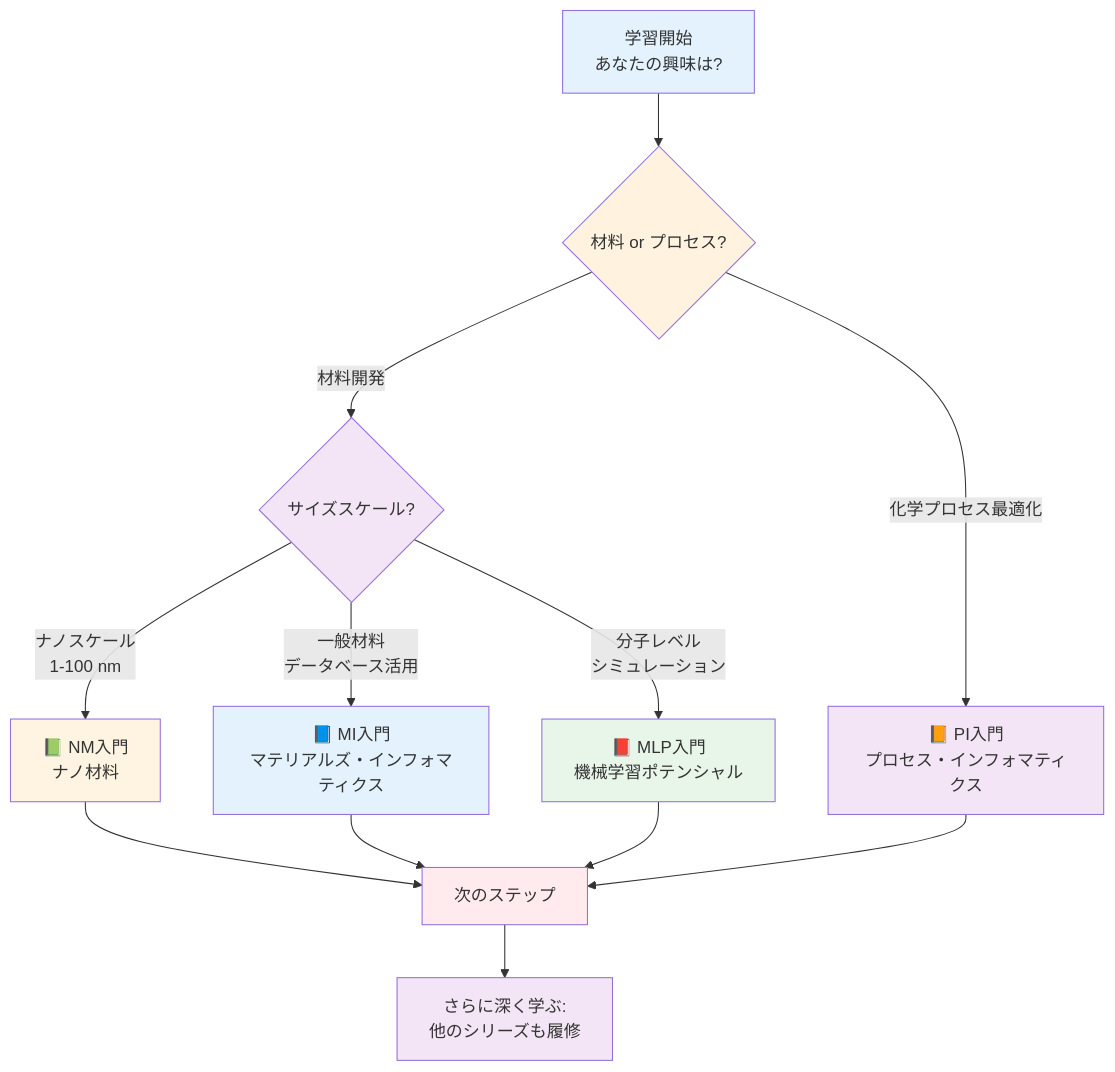
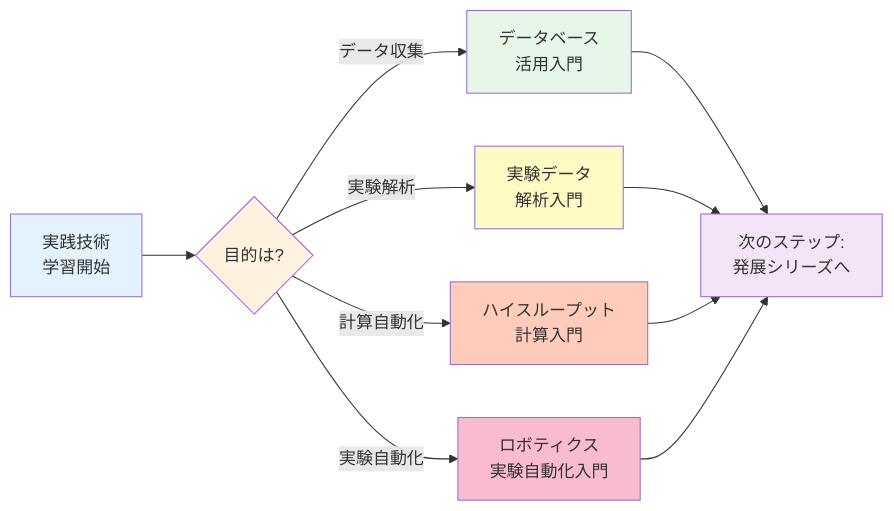
Diagram 12 of 28 in wp/knowledge/jp/index.md (YusukeHashimotoLab/AI_Homepage), drawn with Mermaid before and after one commit. The commit also changed other lines of this file and 1 other file, not shown here.

````diff
--- a/wp/knowledge/jp/index.md
+++ b/wp/knowledge/jp/index.md
@@ -163,28 +1830,22 @@
 ```mermaid
-graph TD
-    Start[学習開始<br/>あなたの興味は?] --> Q1{材料 or プロセス?}
+graph LR
+    Start[実践技術<br/>学習開始] --> Q1{目的は?}
 
-    Q1 -->|材料開発| Q2{サイズスケール?}
-    Q1 -->|化学プロセス最適化| PI[📙 PI入門<br/>プロセス・インフォマティクス]
+    Q1 -->|データ収集| DB[データベース<br/>活用入門]
+    Q1 -->|実験解析| EXP[実験データ<br/>解析入門]
+    Q1 -->|計算自動化| HT[ハイスループット<br/>計算入門]
+    Q1 -->|実験自動化| ROB[ロボティクス<br/>実験自動化入門]
 
-    Q2 -->|ナノスケール<br/>1-100 nm| NM[📗 NM入門<br/>ナノ材料]
-    Q2 -->|一般材料<br/>データベース活用| MI[📘 MI入門<br/>マテリアルズ・インフォマティクス]
-    Q2 -->|分子レベル<br/>シミュレーション| MLP[📕 MLP入門<br/>機械学習ポテンシャル]
-
-    MI --> Next[次のステップ]
-    NM --> Next
-    PI --> Next
-    MLP --> Next
-
-    Next --> Advanced[さらに深く学ぶ:<br/>他のシリーズも履修]
+    DB --> Next[次のステップ:<br/>発展シリーズへ]
+    EXP --> Next
+    HT --> Next
+    ROB --> Next
 
     style Start fill:#e3f2fd
     style Q1 fill:#fff3e0
-    style Q2 fill:#f3e5f5
-    style MI fill:#e3f2fd
-    style NM fill:#fff4e1
-    style PI fill:#f3e5f5
-    style MLP fill:#e8f5e9
-    style Next fill:#ffebee
-    style Advanced fill:#f3e5f5
+    style DB fill:#e8f5e9
+    style EXP fill:#fff9c4
+    style HT fill:#ffccbc
+    style ROB fill:#f8bbd0
+    style Next fill:#f3e5f5
 ```
````
